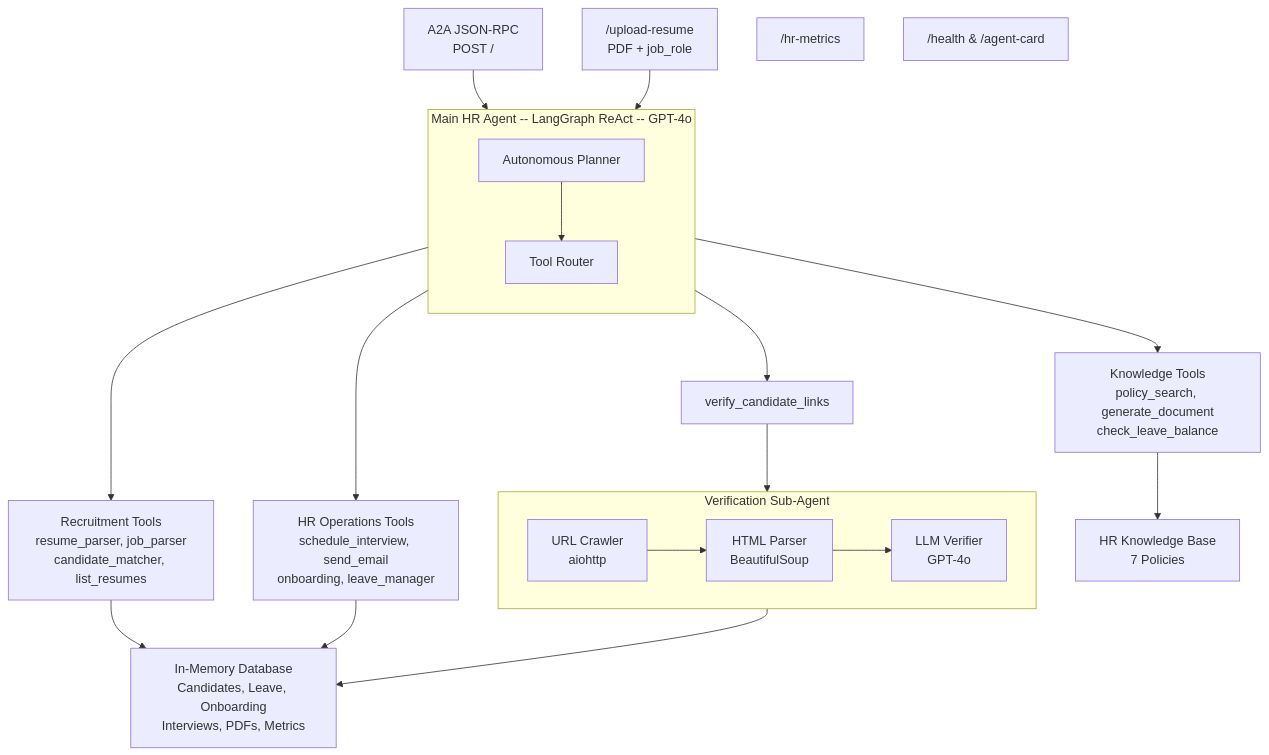
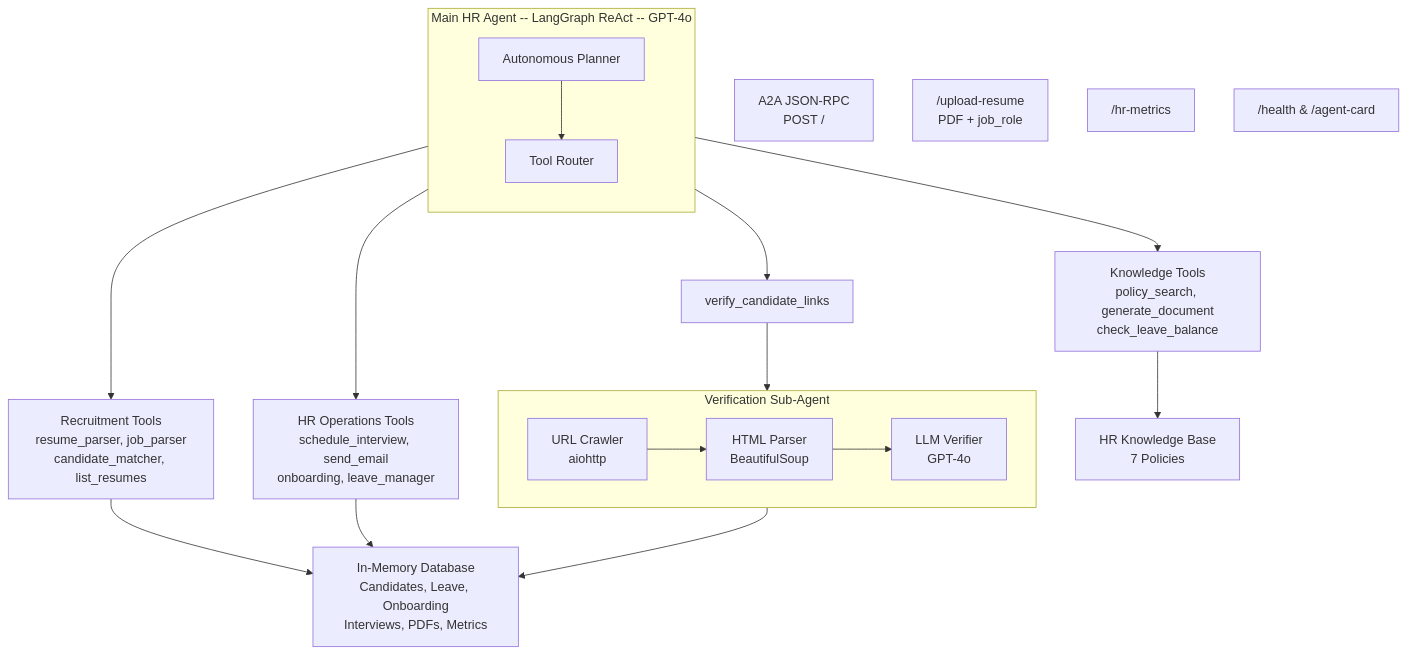
The first of 2 diagrams in README.md (cyberaionics/Morris-AI), drawn with Mermaid before and after one commit.

````diff
--- a/README.md
+++ b/README.md
@@ -88,29 +88,29 @@
 ```mermaid
 graph TB
-    A2A["A2A JSON-RPC\nPOST /"] --> Agent
-    Upload["/upload-resume\nPDF + job_role"] --> Agent
+    A2A["A2A JSON-RPC\nPOST /"] 
+    Upload["/upload-resume\nPDF + job_role"]
     Metrics["/hr-metrics"]
     Health["/health & /agent-card"]
 
     subgraph Agent["Main HR Agent -- LangGraph ReAct -- GPT-4o"]
         direction TB
         Planner["Autonomous Planner"] --> ToolRouter["Tool Router"]
     end
 
     ToolRouter --> Recruitment["Recruitment Tools\nresume_parser, job_parser\ncandidate_matcher, list_resumes"]
     ToolRouter --> HRops["HR Operations Tools\nschedule_interview, send_email\nonboarding, leave_manager"]
     ToolRouter --> KBTools["Knowledge Tools\npolicy_search, generate_document\ncheck_leave_balance"]
     ToolRouter --> VerifyTool["verify_candidate_links"]
 
     VerifyTool --> VerifAgent
 
     subgraph VerifAgent["Verification Sub-Agent"]
         direction LR
         Crawler["URL Crawler\naiohttp"] --> HtmlParser["HTML Parser\nBeautifulSoup"] --> LLMVerify["LLM Verifier\nGPT-4o"]
     end
 
     Recruitment --> DB["In-Memory Database\nCandidates, Leave, Onboarding\nInterviews, PDFs, Metrics"]
     HRops --> DB
     LLMVerify --> DB
     KBTools --> KB["HR Knowledge Base\n7 Policies"]
 ```
````
